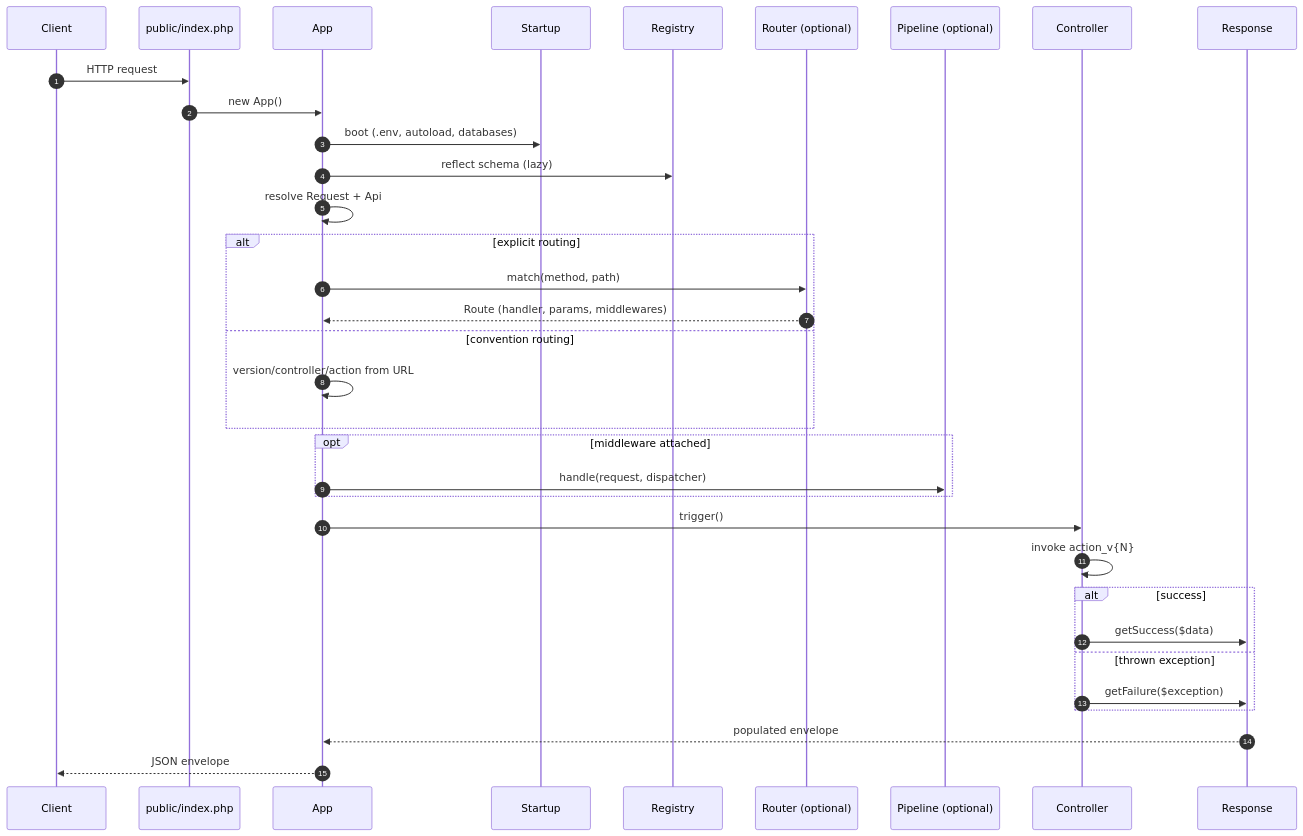
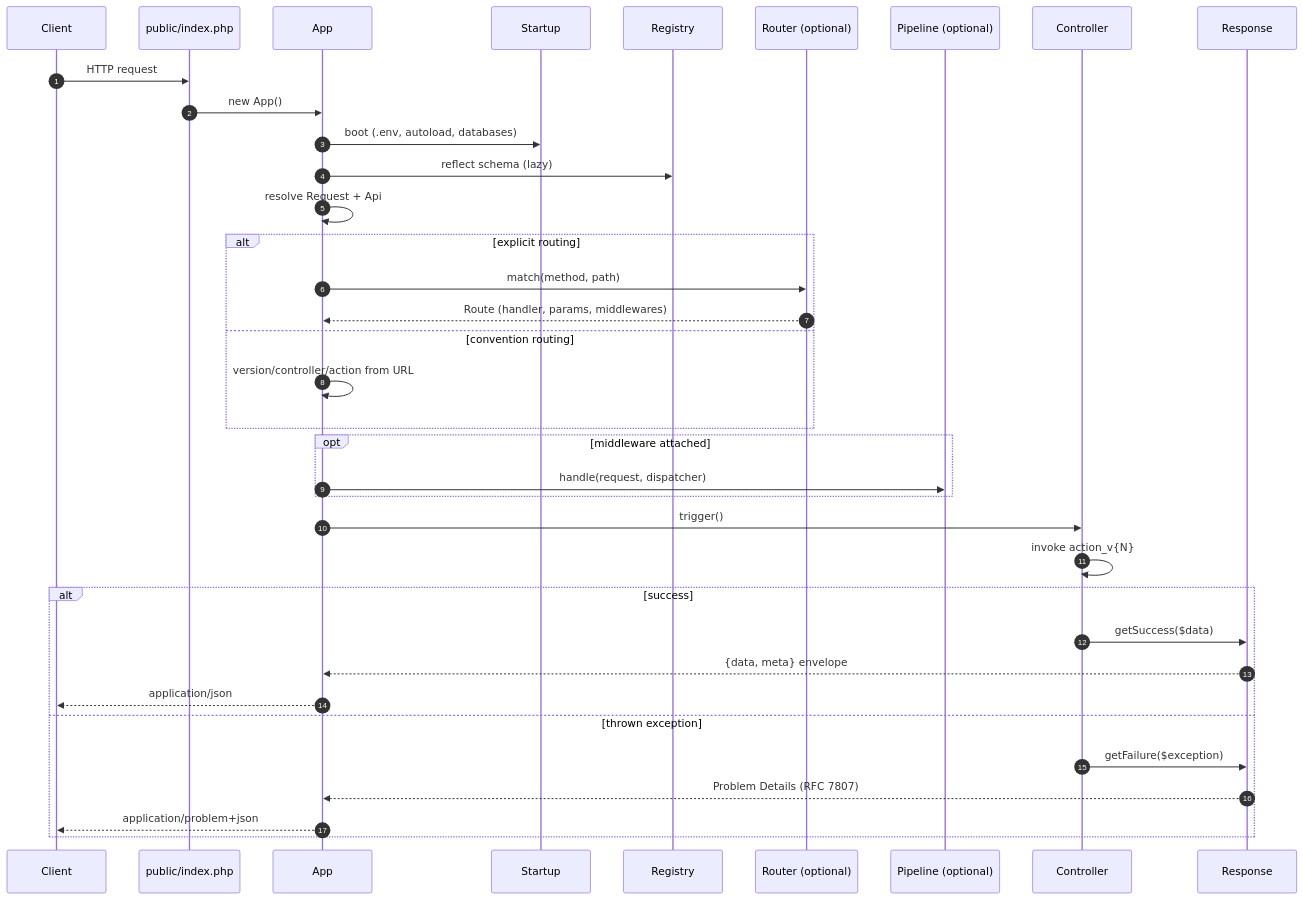
One commit to davidwyly/rxn changed the diagram in docs/index.md. Above: the diagram before and after it, drawn with Mermaid. The commit also changed other lines of this file and 2 other files, not shown here.

````diff
--- a/docs/index.md
+++ b/docs/index.md
@@ -17,37 +20,39 @@
 ```mermaid
 sequenceDiagram
     autonumber
     participant Client
     participant Index as public/index.php
     participant App
     participant Startup
     participant Registry
     participant Router as Router (optional)
     participant Pipeline as Pipeline (optional)
     participant Controller
     participant Response
 
     Client->>Index: HTTP request
     Index->>App: new App()
     App->>Startup: boot (.env, autoload, databases)
     App->>Registry: reflect schema (lazy)
     App->>App: resolve Request + Api
     alt explicit routing
         App->>Router: match(method, path)
         Router-->>App: Route (handler, params, middlewares)
     else convention routing
         App->>App: version/controller/action from URL
     end
     opt middleware attached
         App->>Pipeline: handle(request, dispatcher)
     end
     App->>Controller: trigger()
     Controller->>Controller: invoke action_v{N}
     alt success
         Controller->>Response: getSuccess($data)
+        Response-->>App: {data, meta} envelope
+        App-->>Client: application/json
     else thrown exception
         Controller->>Response: getFailure($exception)
+        Response-->>App: Problem Details (RFC 7807)
+        App-->>Client: application/problem+json
     end
-    Response-->>App: populated envelope
-    App-->>Client: JSON envelope
 ```
````
